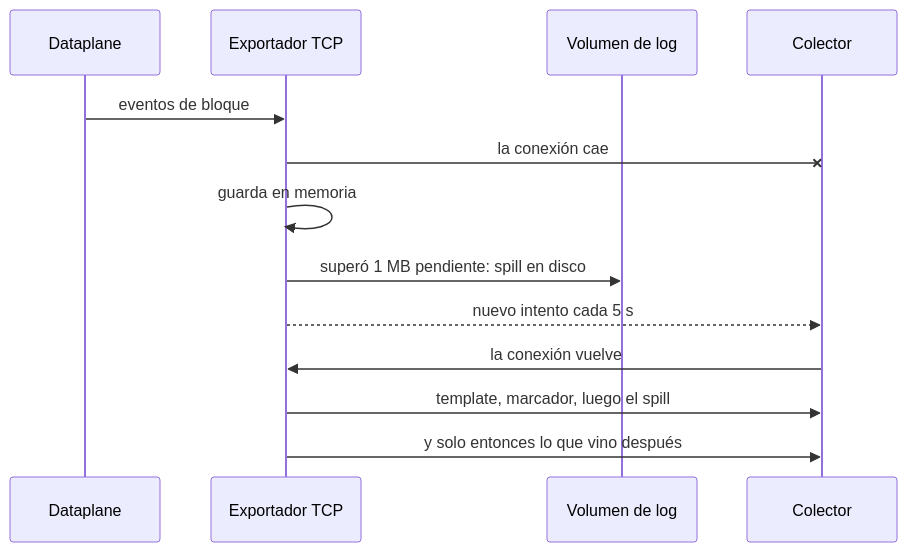
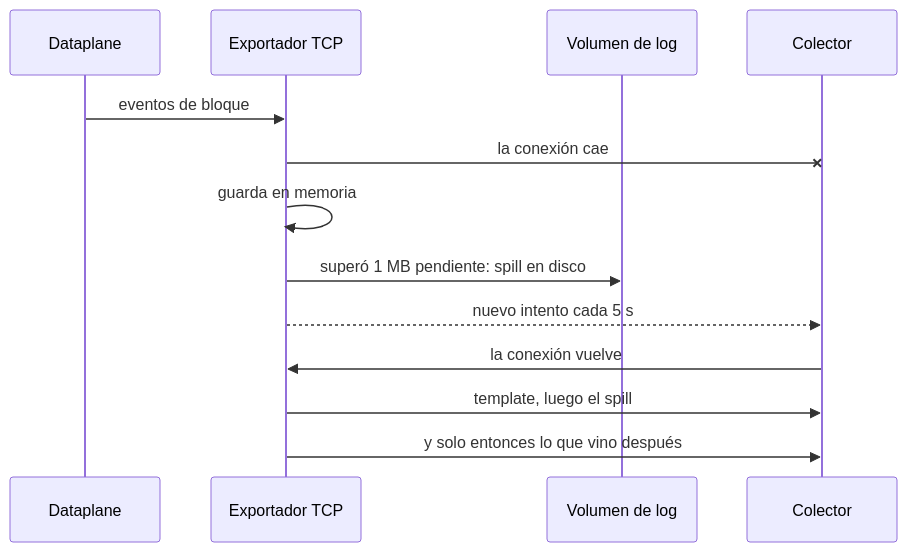
One commit to andrediashexa/prismarouting changed the third of 3 diagrams in wiki/operar/adonde-van-los-registros-colector-transporte-y-retencion.md. Above: the diagram before and after it, drawn with Mermaid. The commit also changed other lines of this file and 101 other files, not shown here.

````diff
--- a/wiki/operar/adonde-van-los-registros-colector-transporte-y-retencion.md
+++ b/wiki/operar/adonde-van-los-registros-colector-transporte-y-retencion.md
@@ -82,15 +83,15 @@
 ```mermaid
 sequenceDiagram
     participant D as Dataplane
     participant E as Exportador TCP
     participant V as Volumen de log
     participant C as Colector
     D->>E: eventos de bloque
     E-xC: la conexión cae
     E->>E: guarda en memoria
     E->>V: superó 1 MB pendiente: spill en disco
     E-->>C: nuevo intento cada 5 s
     C->>E: la conexión vuelve
-    E->>C: template, marcador, luego el spill
+    E->>C: template, luego el spill
     E->>C: y solo entonces lo que vino después
 ```
````
